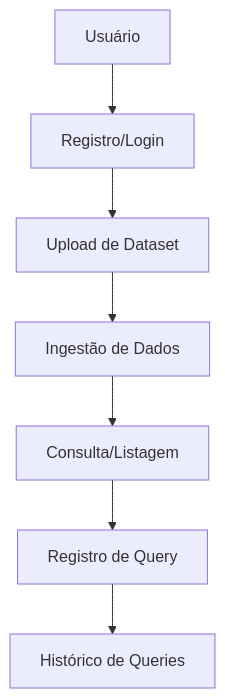
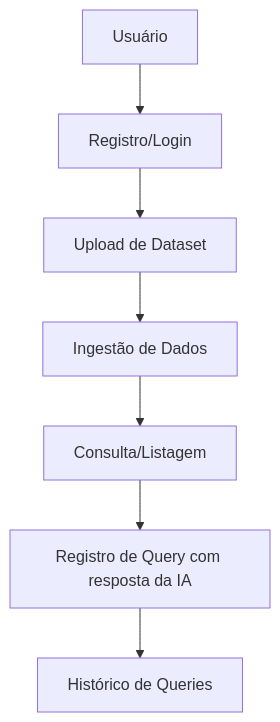
One commit to datdudu/central-docs-backend changed the diagram in README.md. Above: the diagram before and after it, drawn with Mermaid.

````diff
--- a/README.md
+++ b/README.md
@@ -35,9 +35,9 @@
 ```mermaid
 flowchart TD
     A[Usuário] --> B[Registro/Login]
     B --> C[Upload de Dataset]
     C --> D[Ingestão de Dados]
     D --> E[Consulta/Listagem]
-    E --> F[Registro de Query]
+    E --> F[Registro de Query com resposta da IA]
     F --> G[Histórico de Queries]
 ```
````
